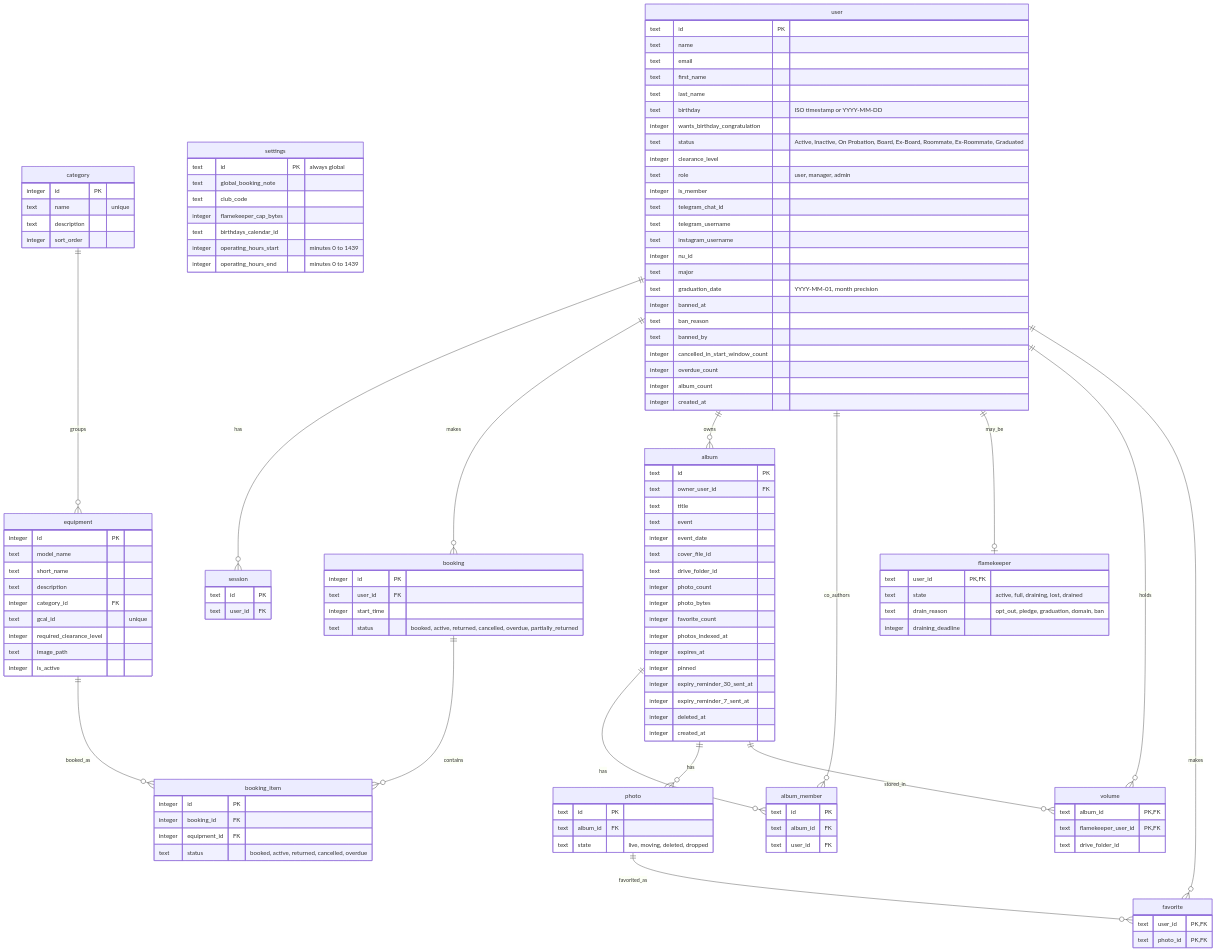
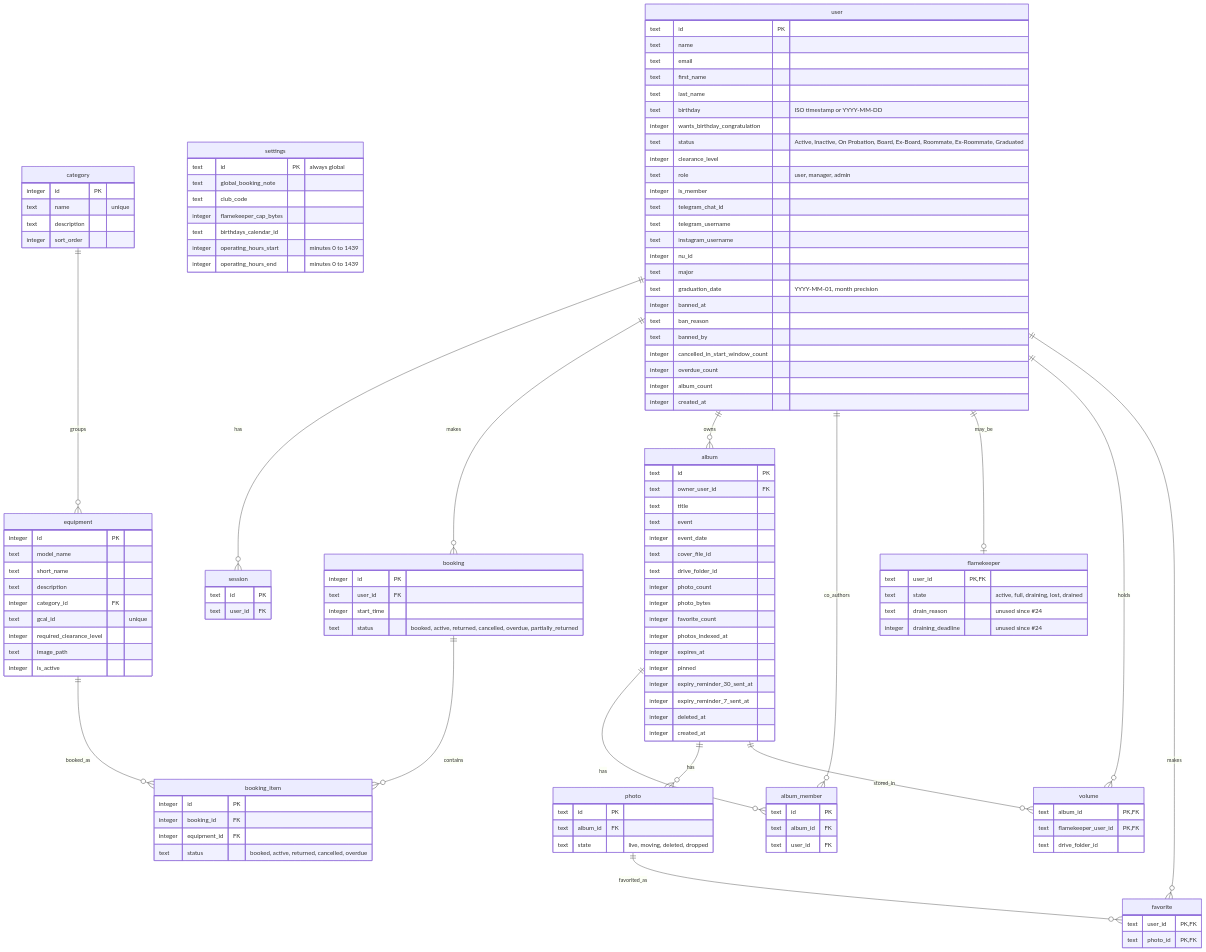
One commit to sagyzdop/meriksirat changed the diagram in docs/scenarios/admin/erd.md. Above: the diagram before and after it, drawn with Mermaid. The commit also changed 74 other files, not shown here.

```diff
--- a/docs/scenarios/admin/erd.md
+++ b/docs/scenarios/admin/erd.md
@@ -107,8 +107,8 @@
     flamekeeper {
         text user_id PK,FK
         text state "active, full, draining, lost, drained"
-        text drain_reason "opt_out, pledge, graduation, domain, ban"
-        integer draining_deadline
+        text drain_reason "unused since #24"
+        integer draining_deadline "unused since #24"
     }
     volume {
         text album_id PK,FK
```
